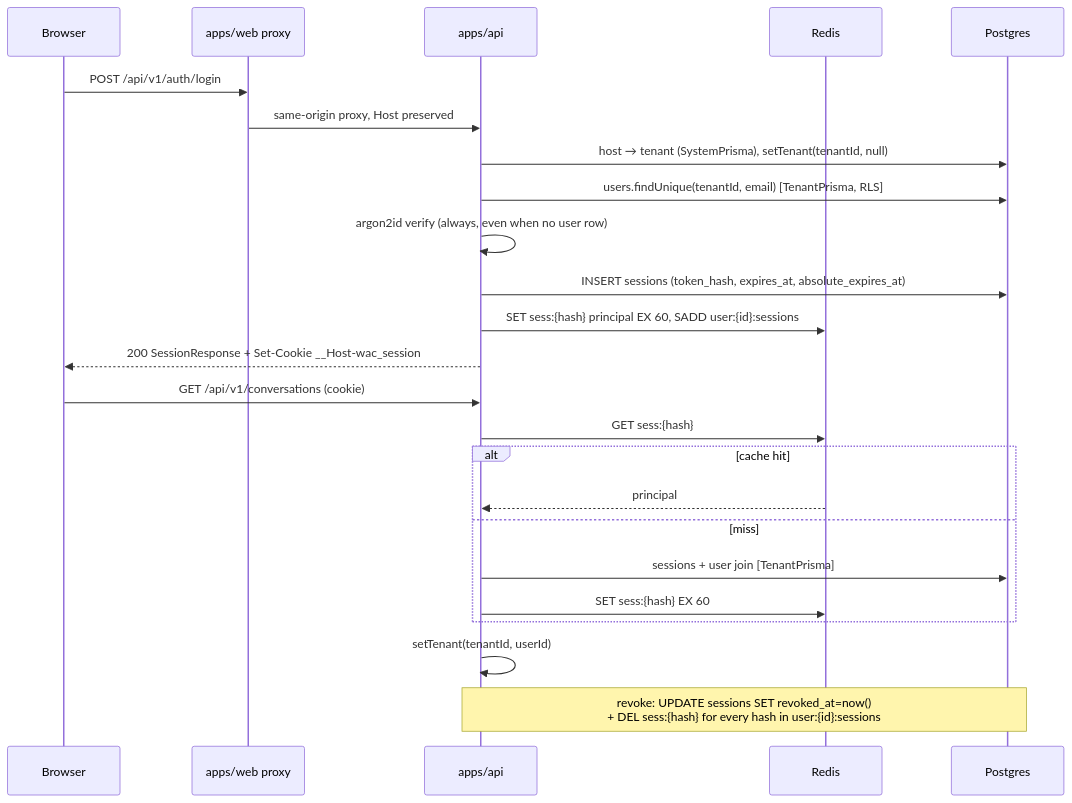
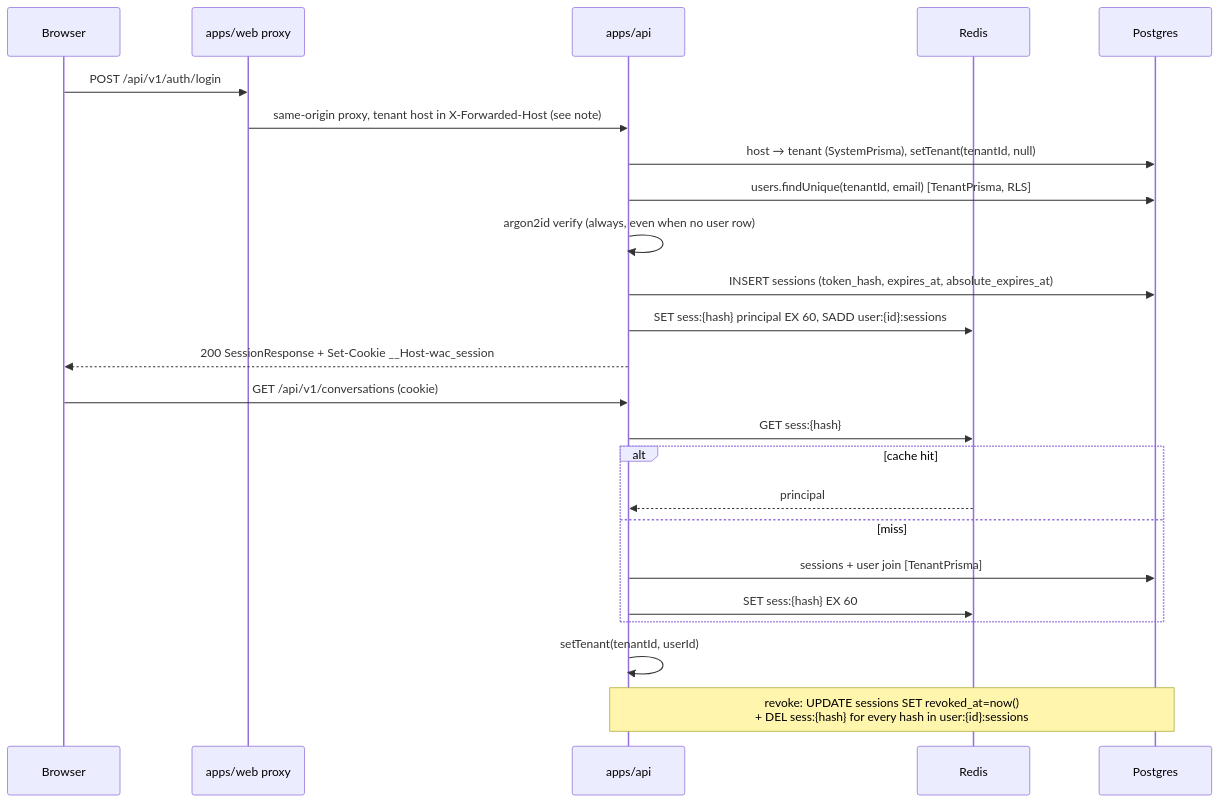
Before and after one commit to tarekmodev/whatsappcrm: the diagram in docs/architecture/0005-auth-session-and-invite-contract.md, drawn with Mermaid. The commit also changed other lines of this file and 7 other files, not shown here.

````diff
--- a/docs/architecture/0005-auth-session-and-invite-contract.md
+++ b/docs/architecture/0005-auth-session-and-invite-contract.md
@@ -131,29 +131,29 @@
 ```mermaid
 sequenceDiagram
   participant B as Browser
   participant W as apps/web proxy
   participant A as apps/api
   participant R as Redis
   participant P as Postgres
 
   B->>W: POST /api/v1/auth/login
-  W->>A: same-origin proxy, Host preserved
+  W->>A: same-origin proxy, tenant host in X-Forwarded-Host (see note)
   A->>P: host → tenant (SystemPrisma), setTenant(tenantId, null)
   A->>P: users.findUnique(tenantId, email)   [TenantPrisma, RLS]
   A->>A: argon2id verify (always, even when no user row)
   A->>P: INSERT sessions (token_hash, expires_at, absolute_expires_at)
   A->>R: SET sess:{hash} principal EX 60, SADD user:{id}:sessions
   A-->>B: 200 SessionResponse + Set-Cookie __Host-wac_session
 
   B->>A: GET /api/v1/conversations (cookie)
   A->>R: GET sess:{hash}
   alt cache hit
     R-->>A: principal
   else miss
     A->>P: sessions + user join [TenantPrisma]
     A->>R: SET sess:{hash} EX 60
   end
   A->>A: setTenant(tenantId, userId)
 
   Note over A,P: revoke: UPDATE sessions SET revoked_at=now()<br/>+ DEL sess:{hash} for every hash in user:{id}:sessions
 ```
````
